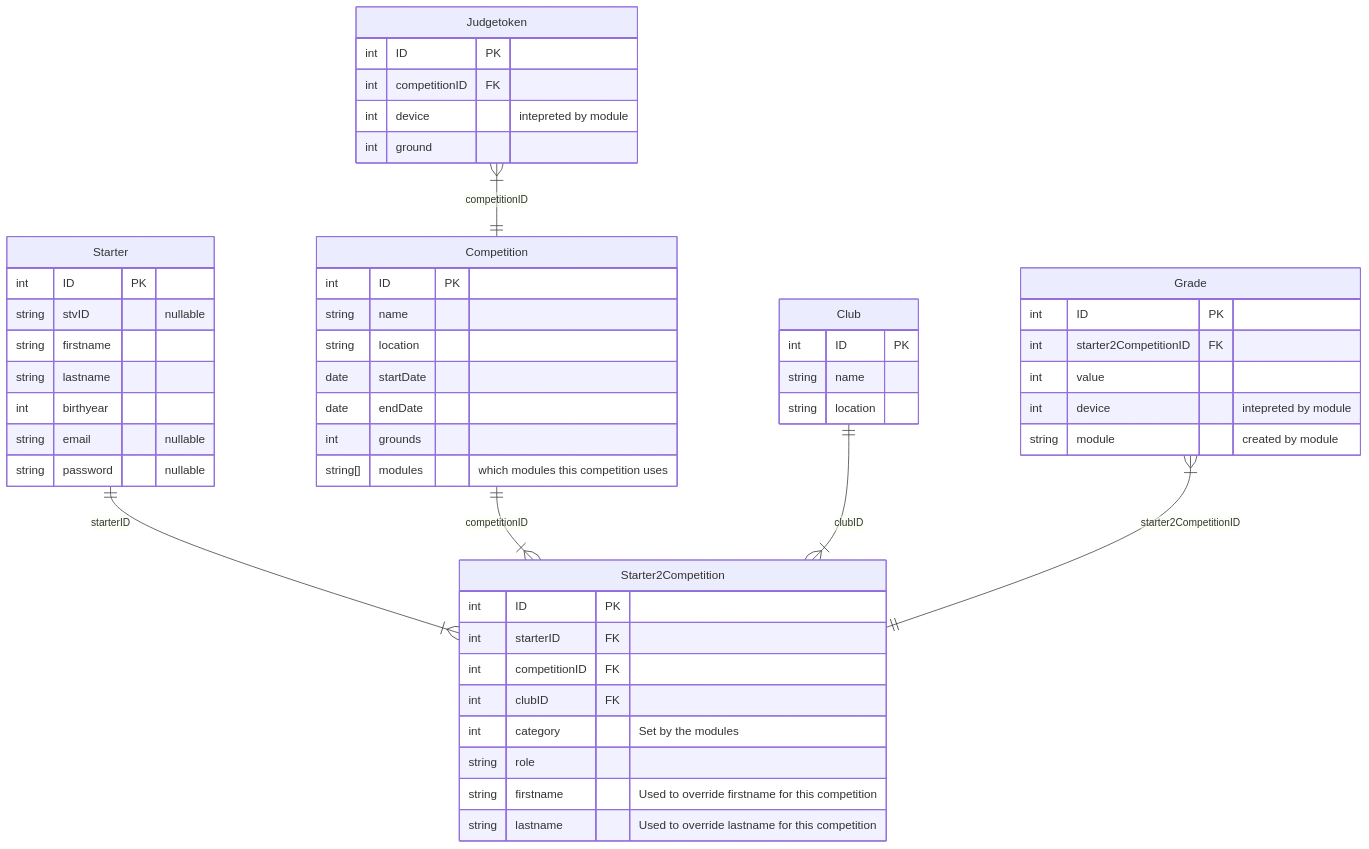
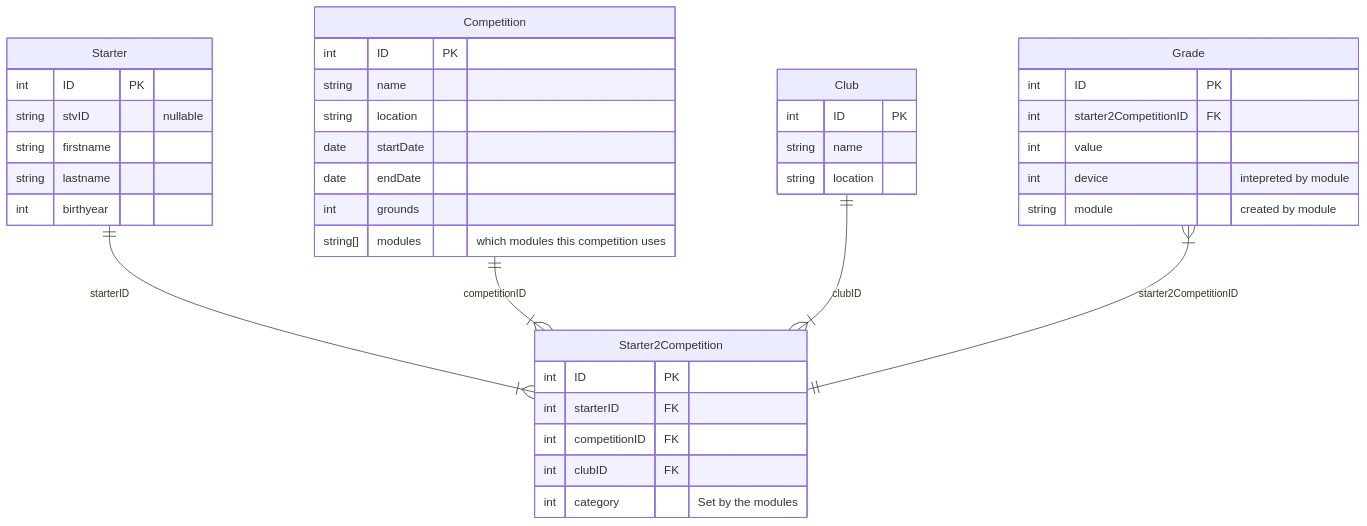
One commit to mathewmeconry/uteg-v2 changed the first of 3 diagrams in docs/DatabaseSchema.md. Above: the diagram before and after it, drawn with Mermaid. The commit also changed other lines of this file and 21 other files, not shown here.

Commit message:
feat: creates user entity fix: moves judgetoken to auth module feat: removes user stuff from starter

````diff
--- a/docs/DatabaseSchema.md
+++ b/docs/DatabaseSchema.md
@@ -3,62 +3,48 @@
 ```mermaid
 erDiagram
     Starter {
         int ID PK
         string stvID "nullable"
         string firstname
         string lastname
         int birthyear
-        string email "nullable"
-        string password "nullable"
     }
 
     Club {
         int ID PK
         string name
         string location
     }
 
     Competition {
         int ID PK
         string name
         string location
         date startDate
         date endDate
         int grounds
         string[] modules "which modules this competition uses"
     }
 
     Starter2Competition {
         int ID PK
         int starterID FK
         int competitionID FK
         int clubID FK
         int category "Set by the modules"
-        string role
-        string firstname "Used to override firstname for this competition"
-        string lastname "Used to override lastname for this competition"
     }
 
     Starter ||--}| Starter2Competition : starterID
     Competition ||--}| Starter2Competition : competitionID
     Club ||--}| Starter2Competition : clubID
 
     Grade {
         int ID PK
         int starter2CompetitionID FK
         int value
         int device "intepreted by module"
         string module "created by module"
     }
 
     Grade |{--|| Starter2Competition: starter2CompetitionID
-
-    Judgetoken {
-        int ID PK
-        int competitionID FK
-        int device "intepreted by module"
-        int ground
-    }
-    
-    Judgetoken |{--|| Competition: competitionID
 ```
````
